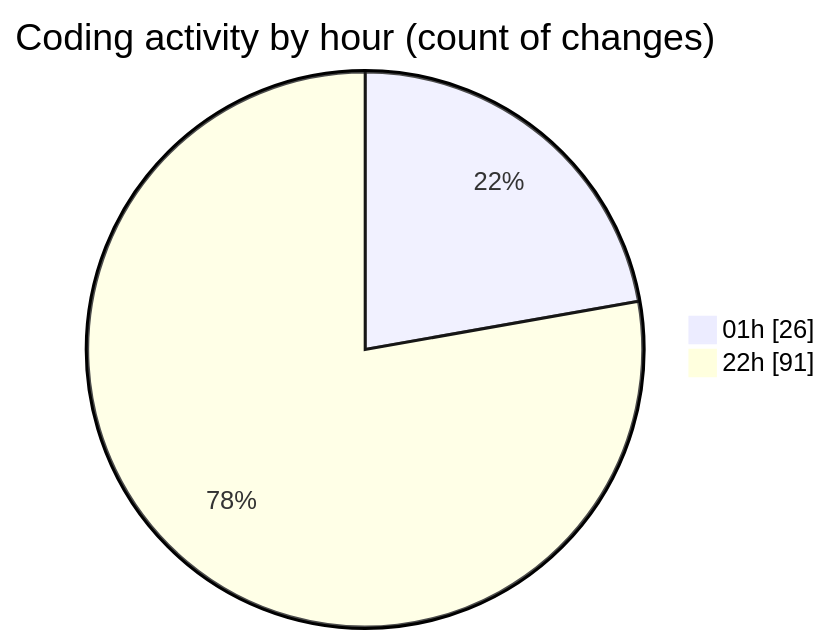
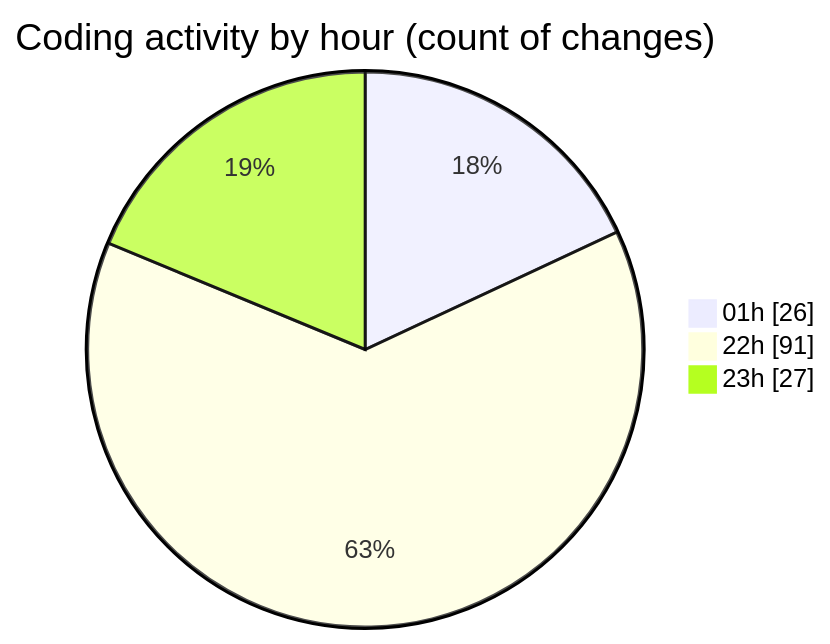
Before and after one commit to Ritupan-Deka/code-tracking: the second of 2 diagrams in 2025-01-28/0starter_files/README.md, drawn with Mermaid. The commit also changed other lines of this file and 1 other file, not shown here.

````diff
--- a/2025-01-28/0starter_files/README.md
+++ b/2025-01-28/0starter_files/README.md
@@ -28,6 +28,7 @@
 ```mermaid
 pie showData
 title Coding activity by hour (count of changes)
 "01h" : 26
 "22h" : 91
+"23h" : 27
 ```
````
